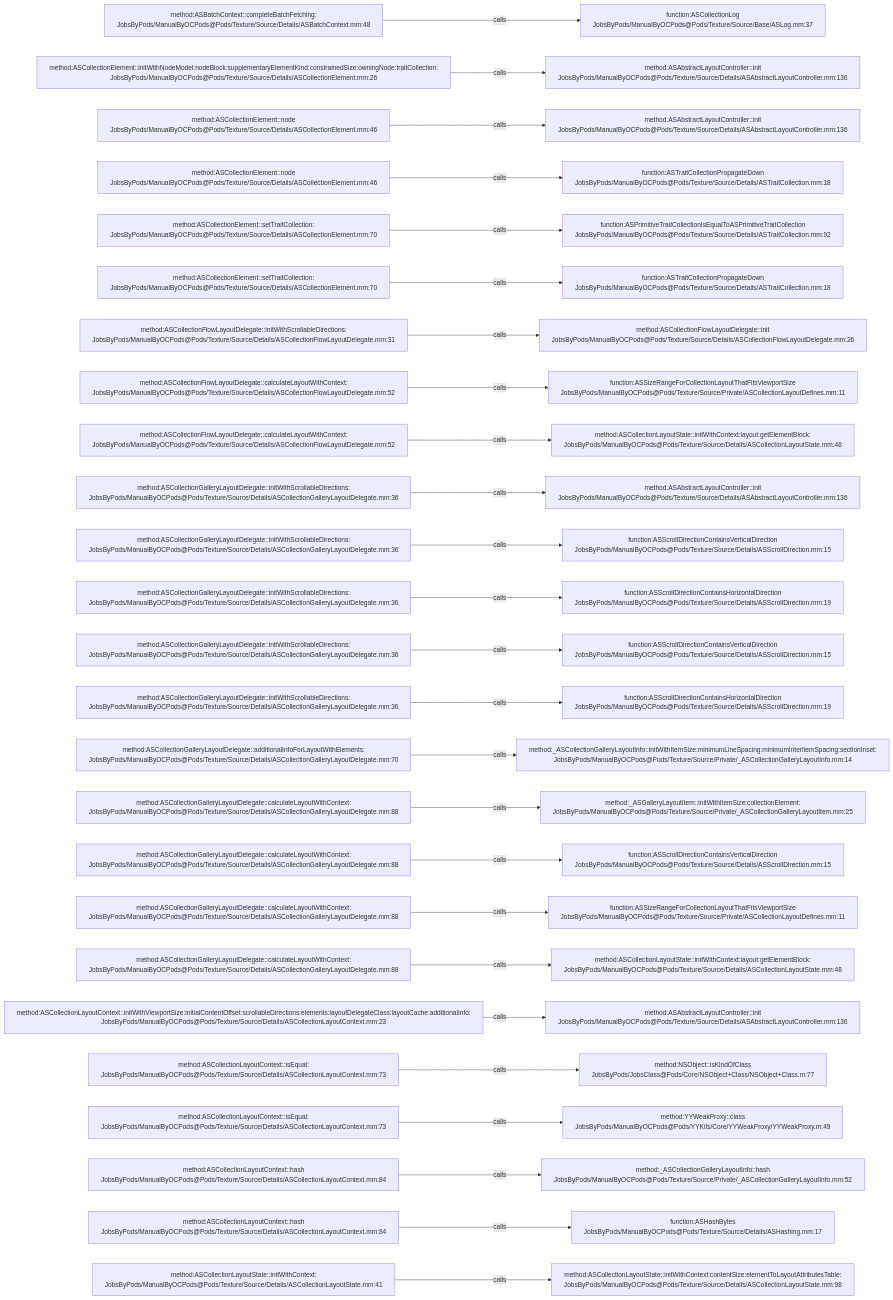
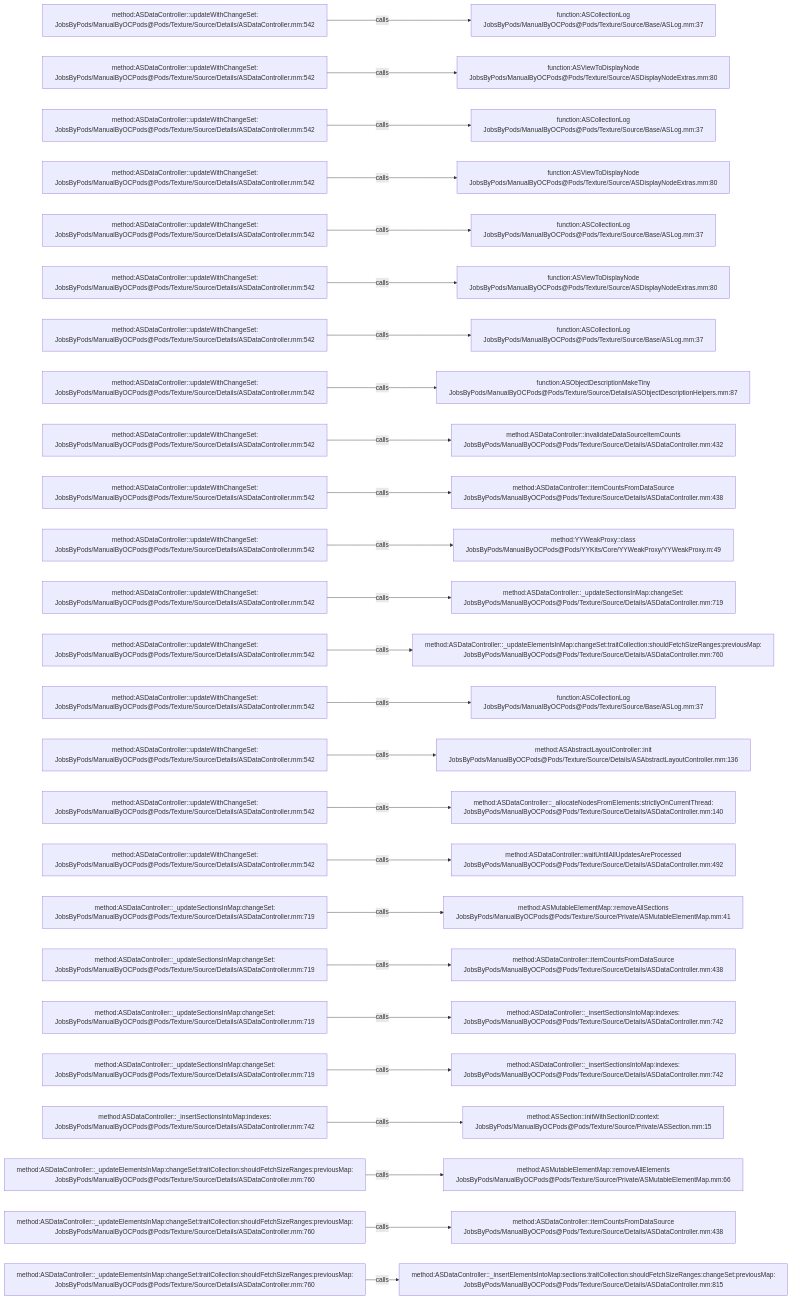
The diagram in .codegraph/codegraph.md/graphs/calls-153.md (JobsKits/JobsOCBaseConfigDemo), drawn with Mermaid before and after one commit. The commit also changed 1353 other files, not shown here.

````diff
--- a/.codegraph/codegraph.md/graphs/calls-153.md
+++ b/.codegraph/codegraph.md/graphs/calls-153.md
@@ -13,78 +13,78 @@
 ```mermaid
 flowchart LR
-  S1["method:ASBatchContext::completeBatchFetching:<br/>JobsByPods/ManualByOCPods@Pods/Texture/Source/Details/ASBatchContext.mm:48"]
+  S1["method:ASDataController::updateWithChangeSet:<br/>JobsByPods/ManualByOCPods@Pods/Texture/Source/Details/ASDataController.mm:542"]
   T1["function:ASCollectionLog<br/>JobsByPods/ManualByOCPods@Pods/Texture/Source/Base/ASLog.mm:37"]
   S1 -->|calls| T1
-  S2["method:ASCollectionElement::initWithNodeModel:nodeBlock:supplementaryElementKind:constrainedSize:owningNode:traitCollection:<br/>JobsByPods/ManualByOCPods@Pods/Texture/Source/Details/ASCollectionElement.mm:26"]
-  T2["method:ASAbstractLayoutController::init<br/>JobsByPods/ManualByOCPods@Pods/Texture/Source/Details/ASAbstractLayoutController.mm:136"]
+  S2["method:ASDataController::updateWithChangeSet:<br/>JobsByPods/ManualByOCPods@Pods/Texture/Source/Details/ASDataController.mm:542"]
+  T2["function:ASViewToDisplayNode<br/>JobsByPods/ManualByOCPods@Pods/Texture/Source/ASDisplayNodeExtras.mm:80"]
   S2 -->|calls| T2
-  S3["method:ASCollectionElement::node<br/>JobsByPods/ManualByOCPods@Pods/Texture/Source/Details/ASCollectionElement.mm:46"]
-  T3["method:ASAbstractLayoutController::init<br/>JobsByPods/ManualByOCPods@Pods/Texture/Source/Details/ASAbstractLayoutController.mm:136"]
+  S3["method:ASDataController::updateWithChangeSet:<br/>JobsByPods/ManualByOCPods@Pods/Texture/Source/Details/ASDataController.mm:542"]
+  T3["function:ASCollectionLog<br/>JobsByPods/ManualByOCPods@Pods/Texture/Source/Base/ASLog.mm:37"]
   S3 -->|calls| T3
-  S4["method:ASCollectionElement::node<br/>JobsByPods/ManualByOCPods@Pods/Texture/Source/Details/ASCollectionElement.mm:46"]
-  T4["function:ASTraitCollectionPropagateDown<br/>JobsByPods/ManualByOCPods@Pods/Texture/Source/Details/ASTraitCollection.mm:18"]
+  S4["method:ASDataController::updateWithChangeSet:<br/>JobsByPods/ManualByOCPods@Pods/Texture/Source/Details/ASDataController.mm:542"]
+  T4["function:ASViewToDisplayNode<br/>JobsByPods/ManualByOCPods@Pods/Texture/Source/ASDisplayNodeExtras.mm:80"]
   S4 -->|calls| T4
-  S5["method:ASCollectionElement::setTraitCollection:<br/>JobsByPods/ManualByOCPods@Pods/Texture/Source/Details/ASCollectionElement.mm:70"]
-  T5["function:ASPrimitiveTraitCollectionIsEqualToASPrimitiveTraitCollection<br/>JobsByPods/ManualByOCPods@Pods/Texture/Source/Details/ASTraitCollection.mm:92"]
+  S5["method:ASDataController::updateWithChangeSet:<br/>JobsByPods/ManualByOCPods@Pods/Texture/Source/Details/ASDataController.mm:542"]
+  T5["function:ASCollectionLog<br/>JobsByPods/ManualByOCPods@Pods/Texture/Source/Base/ASLog.mm:37"]
   S5 -->|calls| T5
-  S6["method:ASCollectionElement::setTraitCollection:<br/>JobsByPods/ManualByOCPods@Pods/Texture/Source/Details/ASCollectionElement.mm:70"]
-  T6["function:ASTraitCollectionPropagateDown<br/>JobsByPods/ManualByOCPods@Pods/Texture/Source/Details/ASTraitCollection.mm:18"]
+  S6["method:ASDataController::updateWithChangeSet:<br/>JobsByPods/ManualByOCPods@Pods/Texture/Source/Details/ASDataController.mm:542"]
+  T6["function:ASViewToDisplayNode<br/>JobsByPods/ManualByOCPods@Pods/Texture/Source/ASDisplayNodeExtras.mm:80"]
   S6 -->|calls| T6
-  S7["method:ASCollectionFlowLayoutDelegate::initWithScrollableDirections:<br/>JobsByPods/ManualByOCPods@Pods/Texture/Source/Details/ASCollectionFlowLayoutDelegate.mm:31"]
-  T7["method:ASCollectionFlowLayoutDelegate::init<br/>JobsByPods/ManualByOCPods@Pods/Texture/Source/Details/ASCollectionFlowLayoutDelegate.mm:26"]
+  S7["method:ASDataController::updateWithChangeSet:<br/>JobsByPods/ManualByOCPods@Pods/Texture/Source/Details/ASDataController.mm:542"]
+  T7["function:ASCollectionLog<br/>JobsByPods/ManualByOCPods@Pods/Texture/Source/Base/ASLog.mm:37"]
   S7 -->|calls| T7
-  S8["method:ASCollectionFlowLayoutDelegate::calculateLayoutWithContext:<br/>JobsByPods/ManualByOCPods@Pods/Texture/Source/Details/ASCollectionFlowLayoutDelegate.mm:52"]
-  T8["function:ASSizeRangeForCollectionLayoutThatFitsViewportSize<br/>JobsByPods/ManualByOCPods@Pods/Texture/Source/Private/ASCollectionLayoutDefines.mm:11"]
+  S8["method:ASDataController::updateWithChangeSet:<br/>JobsByPods/ManualByOCPods@Pods/Texture/Source/Details/ASDataController.mm:542"]
+  T8["function:ASObjectDescriptionMakeTiny<br/>JobsByPods/ManualByOCPods@Pods/Texture/Source/Details/ASObjectDescriptionHelpers.mm:87"]
   S8 -->|calls| T8
-  S9["method:ASCollectionFlowLayoutDelegate::calculateLayoutWithContext:<br/>JobsByPods/ManualByOCPods@Pods/Texture/Source/Details/ASCollectionFlowLayoutDelegate.mm:52"]
-  T9["method:ASCollectionLayoutState::initWithContext:layout:getElementBlock:<br/>JobsByPods/ManualByOCPods@Pods/Texture/Source/Details/ASCollectionLayoutState.mm:48"]
+  S9["method:ASDataController::updateWithChangeSet:<br/>JobsByPods/ManualByOCPods@Pods/Texture/Source/Details/ASDataController.mm:542"]
+  T9["method:ASDataController::invalidateDataSourceItemCounts<br/>JobsByPods/ManualByOCPods@Pods/Texture/Source/Details/ASDataController.mm:432"]
   S9 -->|calls| T9
-  S10["method:ASCollectionGalleryLayoutDelegate::initWithScrollableDirections:<br/>JobsByPods/ManualByOCPods@Pods/Texture/Source/Details/ASCollectionGalleryLayoutDelegate.mm:36"]
-  T10["method:ASAbstractLayoutController::init<br/>JobsByPods/ManualByOCPods@Pods/Texture/Source/Details/ASAbstractLayoutController.mm:136"]
+  S10["method:ASDataController::updateWithChangeSet:<br/>JobsByPods/ManualByOCPods@Pods/Texture/Source/Details/ASDataController.mm:542"]
+  T10["method:ASDataController::itemCountsFromDataSource<br/>JobsByPods/ManualByOCPods@Pods/Texture/Source/Details/ASDataController.mm:438"]
   S10 -->|calls| T10
-  S11["method:ASCollectionGalleryLayoutDelegate::initWithScrollableDirections:<br/>JobsByPods/ManualByOCPods@Pods/Texture/Source/Details/ASCollectionGalleryLayoutDelegate.mm:36"]
-  T11["function:ASScrollDirectionContainsVerticalDirection<br/>JobsByPods/ManualByOCPods@Pods/Texture/Source/Details/ASScrollDirection.mm:15"]
+  S11["method:ASDataController::updateWithChangeSet:<br/>JobsByPods/ManualByOCPods@Pods/Texture/Source/Details/ASDataController.mm:542"]
+  T11["method:YYWeakProxy::class<br/>JobsByPods/ManualByOCPods@Pods/YYKits/Core/YYWeakProxy/YYWeakProxy.m:49"]
   S11 -->|calls| T11
-  S12["method:ASCollectionGalleryLayoutDelegate::initWithScrollableDirections:<br/>JobsByPods/ManualByOCPods@Pods/Texture/Source/Details/ASCollectionGalleryLayoutDelegate.mm:36"]
-  T12["function:ASScrollDirectionContainsHorizontalDirection<br/>JobsByPods/ManualByOCPods@Pods/Texture/Source/Details/ASScrollDirection.mm:19"]
+  S12["method:ASDataController::updateWithChangeSet:<br/>JobsByPods/ManualByOCPods@Pods/Texture/Source/Details/ASDataController.mm:542"]
+  T12["method:ASDataController::_updateSectionsInMap:changeSet:<br/>JobsByPods/ManualByOCPods@Pods/Texture/Source/Details/ASDataController.mm:719"]
   S12 -->|calls| T12
-  S13["method:ASCollectionGalleryLayoutDelegate::initWithScrollableDirections:<br/>JobsByPods/ManualByOCPods@Pods/Texture/Source/Details/ASCollectionGalleryLayoutDelegate.mm:36"]
-  T13["function:ASScrollDirectionContainsVerticalDirection<br/>JobsByPods/ManualByOCPods@Pods/Texture/Source/Details/ASScrollDirection.mm:15"]
+  S13["method:ASDataController::updateWithChangeSet:<br/>JobsByPods/ManualByOCPods@Pods/Texture/Source/Details/ASDataController.mm:542"]
+  T13["method:ASDataController::_updateElementsInMap:changeSet:traitCollection:shouldFetchSizeRanges:previousMap:<br/>JobsByPods/ManualByOCPods@Pods/Texture/Source/Details/ASDataController.mm:760"]
   S13 -->|calls| T13
-  S14["method:ASCollectionGalleryLayoutDelegate::initWithScrollableDirections:<br/>JobsByPods/ManualByOCPods@Pods/Texture/Source/Details/ASCollectionGalleryLayoutDelegate.mm:36"]
-  T14["function:ASScrollDirectionContainsHorizontalDirection<br/>JobsByPods/ManualByOCPods@Pods/Texture/Source/Details/ASScrollDirection.mm:19"]
+  S14["method:ASDataController::updateWithChangeSet:<br/>JobsByPods/ManualByOCPods@Pods/Texture/Source/Details/ASDataController.mm:542"]
+  T14["function:ASCollectionLog<br/>JobsByPods/ManualByOCPods@Pods/Texture/Source/Base/ASLog.mm:37"]
   S14 -->|calls| T14
-  S15["method:ASCollectionGalleryLayoutDelegate::additionalInfoForLayoutWithElements:<br/>JobsByPods/ManualByOCPods@Pods/Texture/Source/Details/ASCollectionGalleryLayoutDelegate.mm:70"]
-  T15["method:_ASCollectionGalleryLayoutInfo::initWithItemSize:minimumLineSpacing:minimumInteritemSpacing:sectionInset:<br/>JobsByPods/ManualByOCPods@Pods/Texture/Source/Private/_ASCollectionGalleryLayoutInfo.mm:14"]
+  S15["method:ASDataController::updateWithChangeSet:<br/>JobsByPods/ManualByOCPods@Pods/Texture/Source/Details/ASDataController.mm:542"]
+  T15["method:ASAbstractLayoutController::init<br/>JobsByPods/ManualByOCPods@Pods/Texture/Source/Details/ASAbstractLayoutController.mm:136"]
   S15 -->|calls| T15
-  S16["method:ASCollectionGalleryLayoutDelegate::calculateLayoutWithContext:<br/>JobsByPods/ManualByOCPods@Pods/Texture/Source/Details/ASCollectionGalleryLayoutDelegate.mm:88"]
-  T16["method:_ASGalleryLayoutItem::initWithItemSize:collectionElement:<br/>JobsByPods/ManualByOCPods@Pods/Texture/Source/Private/_ASCollectionGalleryLayoutItem.mm:25"]
+  S16["method:ASDataController::updateWithChangeSet:<br/>JobsByPods/ManualByOCPods@Pods/Texture/Source/Details/ASDataController.mm:542"]
+  T16["method:ASDataController::_allocateNodesFromElements:strictlyOnCurrentThread:<br/>JobsByPods/ManualByOCPods@Pods/Texture/Source/Details/ASDataController.mm:140"]
   S16 -->|calls| T16
-  S17["method:ASCollectionGalleryLayoutDelegate::calculateLayoutWithContext:<br/>JobsByPods/ManualByOCPods@Pods/Texture/Source/Details/ASCollectionGalleryLayoutDelegate.mm:88"]
-  T17["function:ASScrollDirectionContainsVerticalDirection<br/>JobsByPods/ManualByOCPods@Pods/Texture/Source/Details/ASScrollDirection.mm:15"]
+  S17["method:ASDataController::updateWithChangeSet:<br/>JobsByPods/ManualByOCPods@Pods/Texture/Source/Details/ASDataController.mm:542"]
+  T17["method:ASDataController::waitUntilAllUpdatesAreProcessed<br/>JobsByPods/ManualByOCPods@Pods/Texture/Source/Details/ASDataController.mm:492"]
   S17 -->|calls| T17
-  S18["method:ASCollectionGalleryLayoutDelegate::calculateLayoutWithContext:<br/>JobsByPods/ManualByOCPods@Pods/Texture/Source/Details/ASCollectionGalleryLayoutDelegate.mm:88"]
-  T18["function:ASSizeRangeForCollectionLayoutThatFitsViewportSize<br/>JobsByPods/ManualByOCPods@Pods/Texture/Source/Private/ASCollectionLayoutDefines.mm:11"]
+  S18["method:ASDataController::_updateSectionsInMap:changeSet:<br/>JobsByPods/ManualByOCPods@Pods/Texture/Source/Details/ASDataController.mm:719"]
+  T18["method:ASMutableElementMap::removeAllSections<br/>JobsByPods/ManualByOCPods@Pods/Texture/Source/Private/ASMutableElementMap.mm:41"]
   S18 -->|calls| T18
-  S19["method:ASCollectionGalleryLayoutDelegate::calculateLayoutWithContext:<br/>JobsByPods/ManualByOCPods@Pods/Texture/Source/Details/ASCollectionGalleryLayoutDelegate.mm:88"]
-  T19["method:ASCollectionLayoutState::initWithContext:layout:getElementBlock:<br/>JobsByPods/ManualByOCPods@Pods/Texture/Source/Details/ASCollectionLayoutState.mm:48"]
+  S19["method:ASDataController::_updateSectionsInMap:changeSet:<br/>JobsByPods/ManualByOCPods@Pods/Texture/Source/Details/ASDataController.mm:719"]
+  T19["method:ASDataController::itemCountsFromDataSource<br/>JobsByPods/ManualByOCPods@Pods/Texture/Source/Details/ASDataController.mm:438"]
   S19 -->|calls| T19
-  S20["method:ASCollectionLayoutContext::initWithViewportSize:initialContentOffset:scrollableDirections:elements:layoutDelegateClass:layoutCache:additionalInfo:<br/>JobsByPods/ManualByOCPods@Pods/Texture/Source/Details/ASCollectionLayoutContext.mm:23"]
-  T20["method:ASAbstractLayoutController::init<br/>JobsByPods/ManualByOCPods@Pods/Texture/Source/Details/ASAbstractLayoutController.mm:136"]
+  S20["method:ASDataController::_updateSectionsInMap:changeSet:<br/>JobsByPods/ManualByOCPods@Pods/Texture/Source/Details/ASDataController.mm:719"]
+  T20["method:ASDataController::_insertSectionsIntoMap:indexes:<br/>JobsByPods/ManualByOCPods@Pods/Texture/Source/Details/ASDataController.mm:742"]
   S20 -->|calls| T20
-  S21["method:ASCollectionLayoutContext::isEqual:<br/>JobsByPods/ManualByOCPods@Pods/Texture/Source/Details/ASCollectionLayoutContext.mm:73"]
-  T21["method:NSObject::isKindOfClass<br/>JobsByPods/JobsClass@Pods/Core/NSObject+Class/NSObject+Class.m:77"]
+  S21["method:ASDataController::_updateSectionsInMap:changeSet:<br/>JobsByPods/ManualByOCPods@Pods/Texture/Source/Details/ASDataController.mm:719"]
+  T21["method:ASDataController::_insertSectionsIntoMap:indexes:<br/>JobsByPods/ManualByOCPods@Pods/Texture/Source/Details/ASDataController.mm:742"]
   S21 -->|calls| T21
-  S22["method:ASCollectionLayoutContext::isEqual:<br/>JobsByPods/ManualByOCPods@Pods/Texture/Source/Details/ASCollectionLayoutContext.mm:73"]
-  T22["method:YYWeakProxy::class<br/>JobsByPods/ManualByOCPods@Pods/YYKits/Core/YYWeakProxy/YYWeakProxy.m:49"]
+  S22["method:ASDataController::_insertSectionsIntoMap:indexes:<br/>JobsByPods/ManualByOCPods@Pods/Texture/Source/Details/ASDataController.mm:742"]
+  T22["method:ASSection::initWithSectionID:context:<br/>JobsByPods/ManualByOCPods@Pods/Texture/Source/Private/ASSection.mm:15"]
   S22 -->|calls| T22
-  S23["method:ASCollectionLayoutContext::hash<br/>JobsByPods/ManualByOCPods@Pods/Texture/Source/Details/ASCollectionLayoutContext.mm:84"]
-  T23["method:_ASCollectionGalleryLayoutInfo::hash<br/>JobsByPods/ManualByOCPods@Pods/Texture/Source/Private/_ASCollectionGalleryLayoutInfo.mm:52"]
+  S23["method:ASDataController::_updateElementsInMap:changeSet:traitCollection:shouldFetchSizeRanges:previousMap:<br/>JobsByPods/ManualByOCPods@Pods/Texture/Source/Details/ASDataController.mm:760"]
+  T23["method:ASMutableElementMap::removeAllElements<br/>JobsByPods/ManualByOCPods@Pods/Texture/Source/Private/ASMutableElementMap.mm:66"]
   S23 -->|calls| T23
-  S24["method:ASCollectionLayoutContext::hash<br/>JobsByPods/ManualByOCPods@Pods/Texture/Source/Details/ASCollectionLayoutContext.mm:84"]
-  T24["function:ASHashBytes<br/>JobsByPods/ManualByOCPods@Pods/Texture/Source/Details/ASHashing.mm:17"]
+  S24["method:ASDataController::_updateElementsInMap:changeSet:traitCollection:shouldFetchSizeRanges:previousMap:<br/>JobsByPods/ManualByOCPods@Pods/Texture/Source/Details/ASDataController.mm:760"]
+  T24["method:ASDataController::itemCountsFromDataSource<br/>JobsByPods/ManualByOCPods@Pods/Texture/Source/Details/ASDataController.mm:438"]
   S24 -->|calls| T24
-  S25["method:ASCollectionLayoutState::initWithContext:<br/>JobsByPods/ManualByOCPods@Pods/Texture/Source/Details/ASCollectionLayoutState.mm:41"]
-  T25["method:ASCollectionLayoutState::initWithContext:contentSize:elementToLayoutAttributesTable:<br/>JobsByPods/ManualByOCPods@Pods/Texture/Source/Details/ASCollectionLayoutState.mm:98"]
+  S25["method:ASDataController::_updateElementsInMap:changeSet:traitCollection:shouldFetchSizeRanges:previousMap:<br/>JobsByPods/ManualByOCPods@Pods/Texture/Source/Details/ASDataController.mm:760"]
+  T25["method:ASDataController::_insertElementsIntoMap:sections:traitCollection:shouldFetchSizeRanges:changeSet:previousMap:<br/>JobsByPods/ManualByOCPods@Pods/Texture/Source/Details/ASDataController.mm:815"]
   S25 -->|calls| T25
 ```
````
